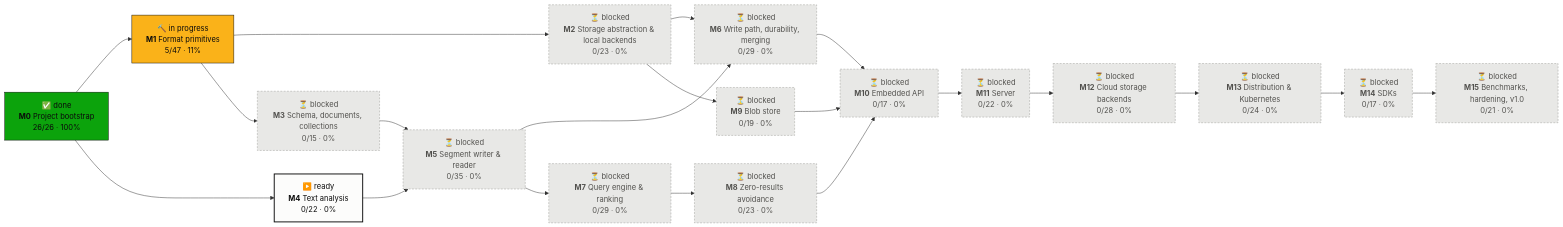
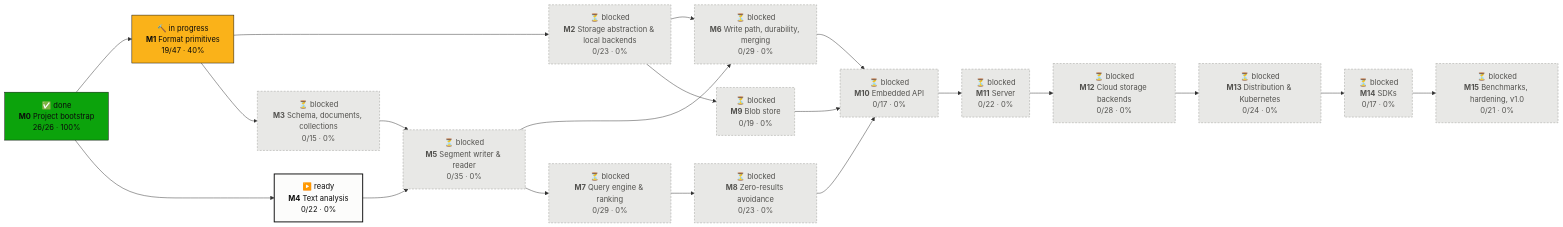
One commit to tomiok/persiaDB changed the first of 2 diagrams in PROGRESS.md. Above: the diagram before and after it, drawn with Mermaid. The commit also changed other lines of this file and 8 other files, not shown here.

First line of the commit message:
chore(format): review nits; tick ROADMAP 1.1.3-1.2.4

````diff
--- a/PROGRESS.md
+++ b/PROGRESS.md
@@ -14,42 +14,42 @@
 ```mermaid
 flowchart LR
   M0["✅ done<br/><b>M0</b> Project bootstrap<br/>26/26 · 100%"]:::done
-  M1["🔨 in progress<br/><b>M1</b> Format primitives<br/>5/47 · 11%"]:::doing
+  M1["🔨 in progress<br/><b>M1</b> Format primitives<br/>19/47 · 40%"]:::doing
   M2["⏳ blocked<br/><b>M2</b> Storage abstraction & local backends<br/>0/23 · 0%"]:::blocked
   M3["⏳ blocked<br/><b>M3</b> Schema, documents, collections<br/>0/15 · 0%"]:::blocked
   M4["▶️ ready<br/><b>M4</b> Text analysis<br/>0/22 · 0%"]:::ready
   M5["⏳ blocked<br/><b>M5</b> Segment writer & reader<br/>0/35 · 0%"]:::blocked
   M6["⏳ blocked<br/><b>M6</b> Write path, durability, merging<br/>0/29 · 0%"]:::blocked
   M7["⏳ blocked<br/><b>M7</b> Query engine & ranking<br/>0/29 · 0%"]:::blocked
   M8["⏳ blocked<br/><b>M8</b> Zero-results avoidance<br/>0/23 · 0%"]:::blocked
   M9["⏳ blocked<br/><b>M9</b> Blob store<br/>0/19 · 0%"]:::blocked
   M10["⏳ blocked<br/><b>M10</b> Embedded API<br/>0/17 · 0%"]:::blocked
   M11["⏳ blocked<br/><b>M11</b> Server<br/>0/22 · 0%"]:::blocked
   M12["⏳ blocked<br/><b>M12</b> Cloud storage backends<br/>0/28 · 0%"]:::blocked
   M13["⏳ blocked<br/><b>M13</b> Distribution & Kubernetes<br/>0/24 · 0%"]:::blocked
   M14["⏳ blocked<br/><b>M14</b> SDKs<br/>0/17 · 0%"]:::blocked
   M15["⏳ blocked<br/><b>M15</b> Benchmarks, hardening, v1.0<br/>0/21 · 0%"]:::blocked
   M0 --> M1
   M1 --> M2
   M1 --> M3
   M0 --> M4
   M3 --> M5
   M4 --> M5
   M2 --> M6
   M5 --> M6
   M5 --> M7
   M7 --> M8
   M2 --> M9
   M6 --> M10
   M8 --> M10
   M9 --> M10
   M10 --> M11
   M11 --> M12
   M12 --> M13
   M13 --> M14
   M14 --> M15
   classDef done fill:#0ca30c,stroke:#0b0b0b,color:#0b0b0b
   classDef doing fill:#fab219,stroke:#0b0b0b,color:#0b0b0b
   classDef ready fill:#fcfcfb,stroke:#0b0b0b,stroke-width:2px,color:#0b0b0b
   classDef blocked fill:#e8e8e6,stroke:#9a9a96,stroke-dasharray:4 3,color:#52514e
 ```
````
